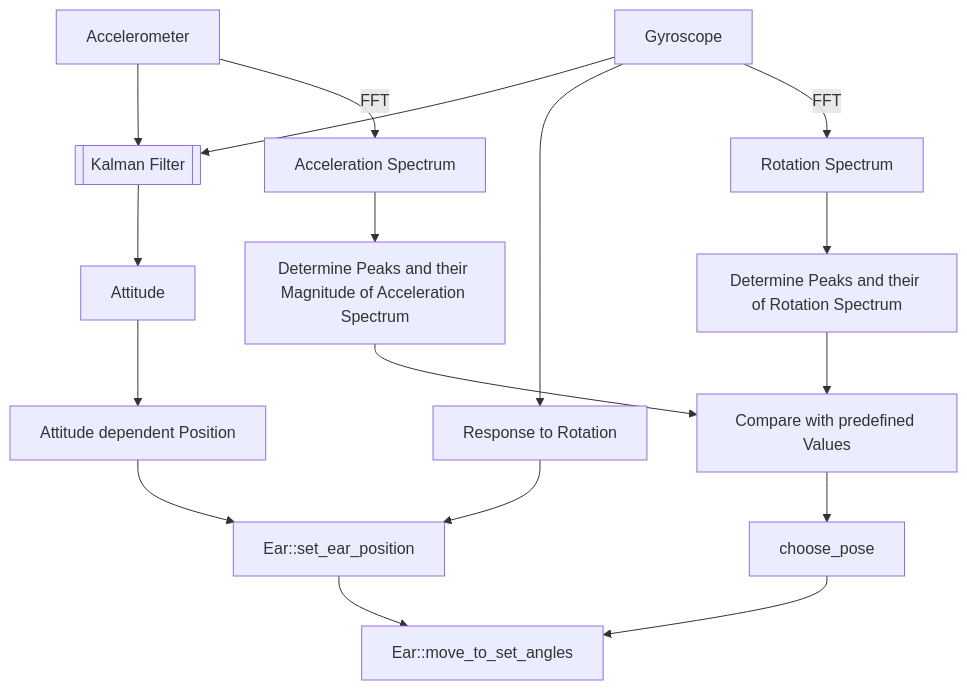
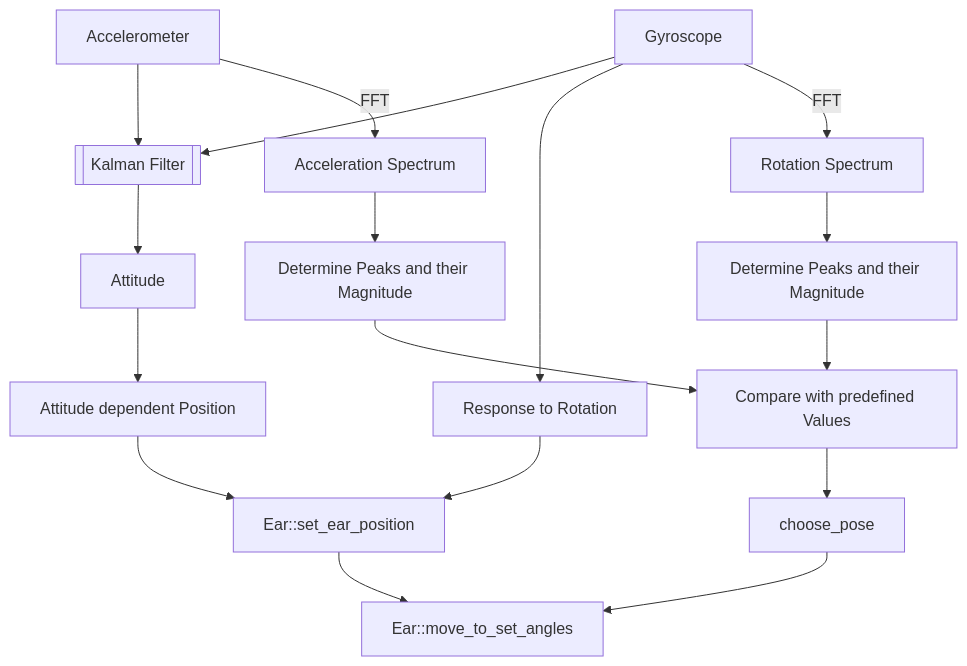
Before and after one commit to Nannk/nekomimi-wo-kakkidzukete: the diagram in README.md, drawn with Mermaid.

Commit message:
fixed typos

````diff
--- a/README.md
+++ b/README.md
@@ -32,21 +32,21 @@
 ```mermaid
 graph TD;
 A[Accelerometer] --> KF[[Kalman Filter]] ;
 KF --> C[Attitude];
 B[Gyroscope] --> KF;
 
 C --> D[Attitude dependent Position];
 B --> E[Response to Rotation];
 D --> F[Ear::set_ear_position];
 E--> F;
 F --> G[Ear::move_to_set_angles];
 
 A --FFT--> I[Acceleration Spectrum];
-I --> J[Determine Peaks and their Magnitude of Acceleration Spectrum];
+I --> J[Determine Peaks and their Magnitude];
 B --FFT--> K[Rotation Spectrum];
-K --> L[Determine Peaks and their of Rotation Spectrum];
+K --> L[Determine Peaks and their Magnitude];
 L --> M[Compare with predefined Values];
 J --> M;
 M --> N[choose_pose];
 N --> G;
 ```
````
